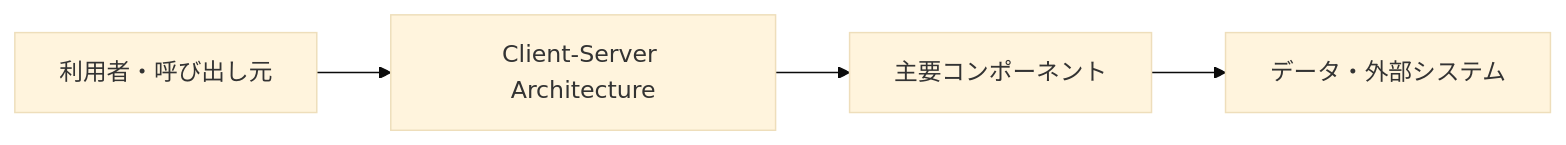
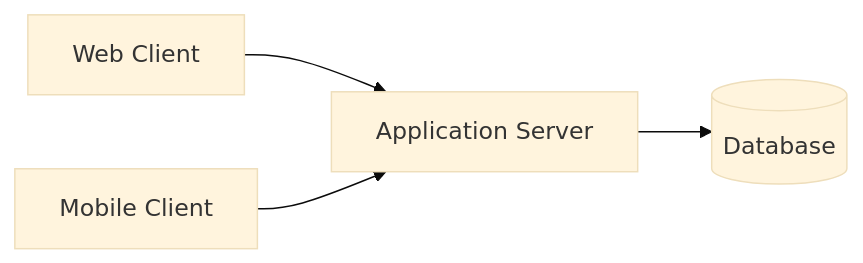
One commit to t-shirayama/architecture-notes changed the diagram in docs/分散システム系/クライアントサーバーアーキテクチャ.md. Above: the diagram before and after it, drawn with Mermaid (base theme). The commit also changed other lines of this file and 32 other files, not shown here.

Commit message:
docs: refine remaining architecture notes

````diff
--- a/docs/分散システム系/クライアントサーバーアーキテクチャ.md
+++ b/docs/分散システム系/クライアントサーバーアーキテクチャ.md
@@ -24,6 +28,6 @@
 ```mermaid
 flowchart LR
-    A[利用者・呼び出し元] --> B[Client-Server Architecture]
-    B --> C[主要コンポーネント]
-    C --> D[データ・外部システム]
+    Web[Web Client] --> Server[Application Server]
+    Mobile[Mobile Client] --> Server
+    Server --> DB[(Database)]
 ```
````
